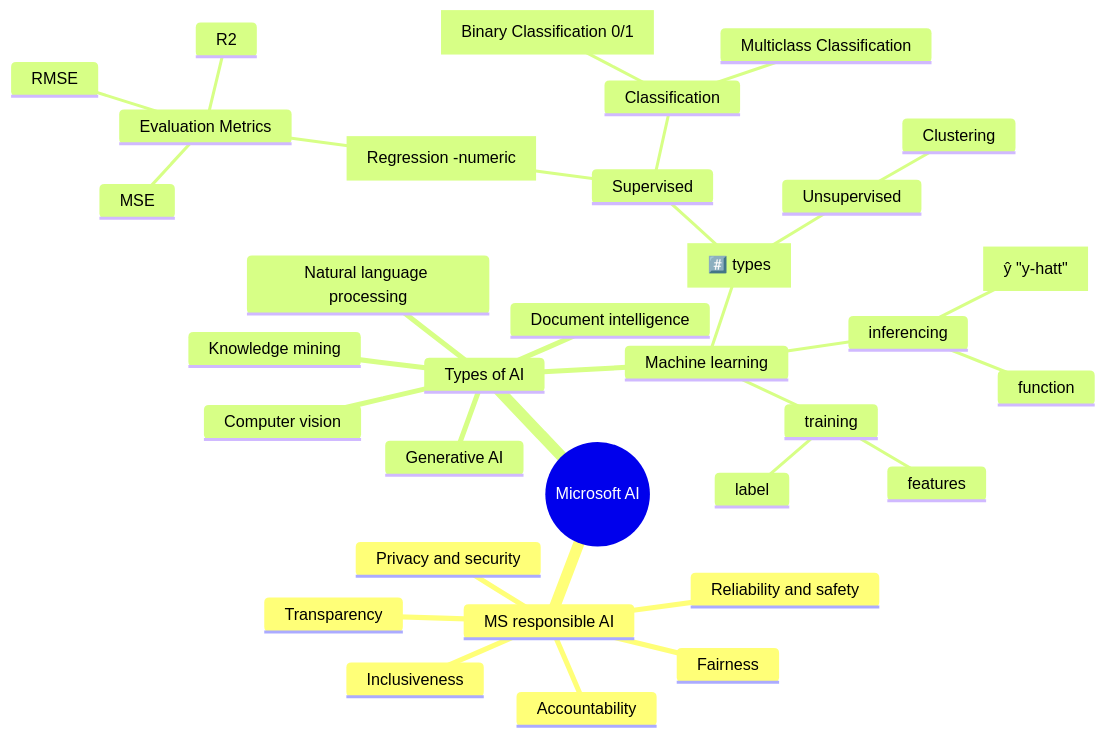
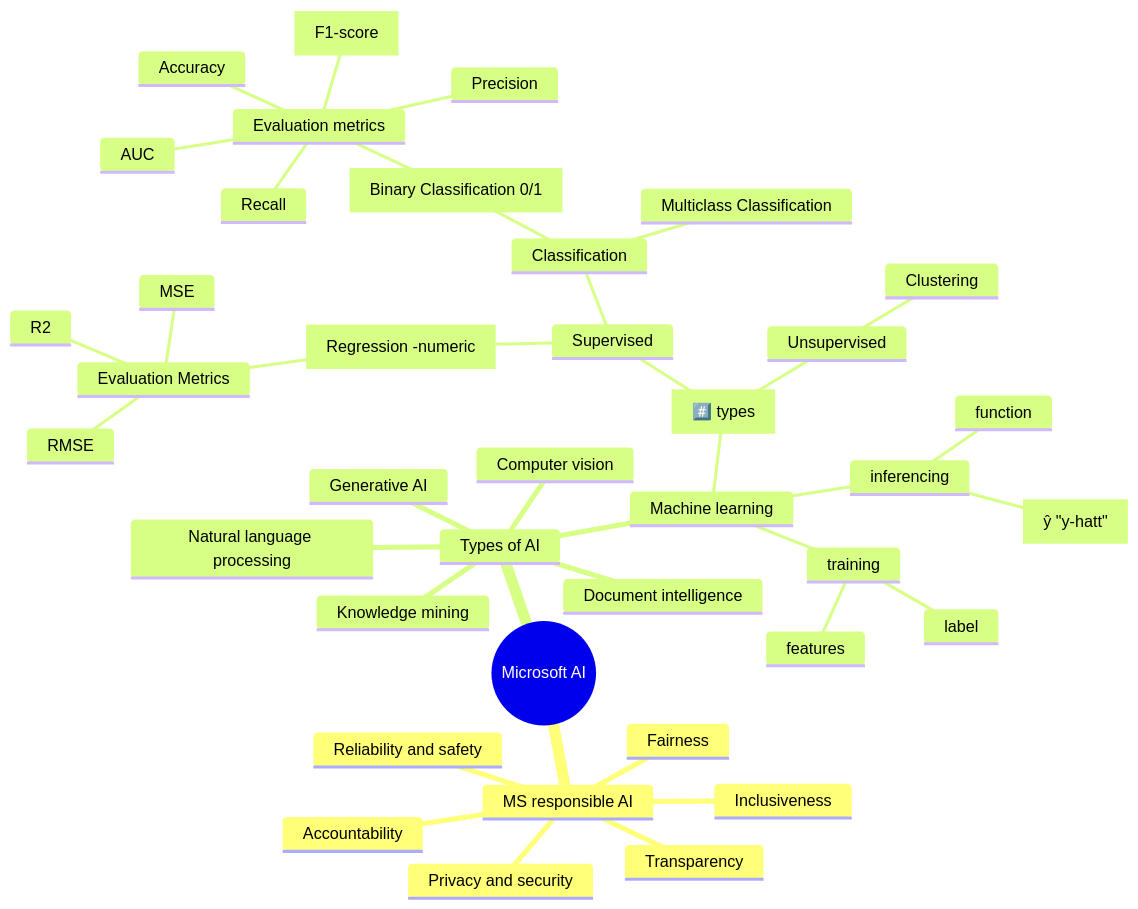
One commit to gitstua/Mindmaps changed the diagram in azure-ai-fundamentals.md. Above: the diagram before and after it, drawn with Mermaid.

````diff
--- a/azure-ai-fundamentals.md
+++ b/azure-ai-fundamentals.md
@@ -5,37 +5,43 @@
 ```mermaid
 mindmap
   root((Microsoft AI))
     MS responsible AI
       Fairness
       Reliability and safety
       Privacy and security
       Inclusiveness
       Transparency
       Accountability  
     Types of AI
       Machine learning
         [#️⃣ types]
           Supervised
             [Regression -numeric]
               Evaluation Metrics
                 MSE
                 RMSE
                 R2
             Classification
               [Binary Classification 0/1]
+                Evaluation metrics
+                  Accuracy
+                  Recall
+                  Precision
+                  [F1-score]
+                  AUC
               Multiclass Classification
           Unsupervised
             Clustering
         training
           features
           label
         inferencing
           function
           [ŷ "y-hatt"]
       Computer vision
       Natural language processing
       Document intelligence
       Knowledge mining
       Generative AI
       
 ```
````
